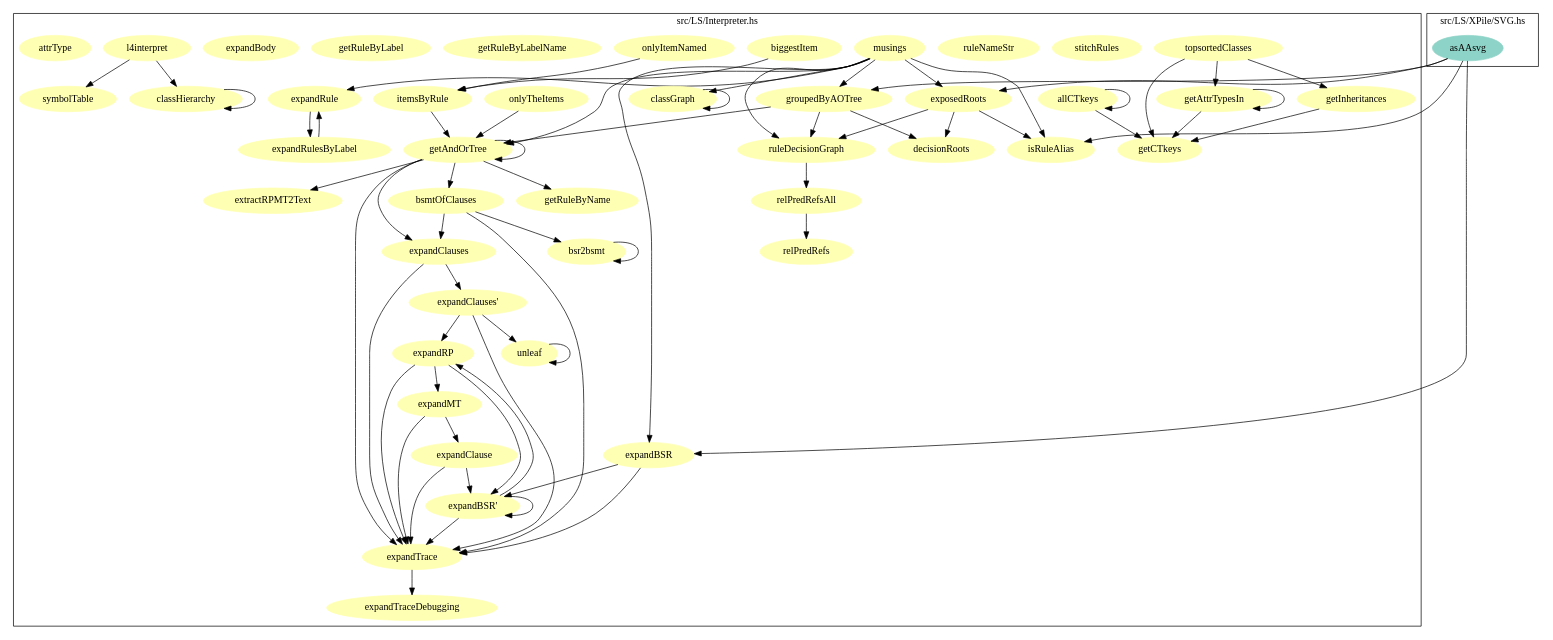
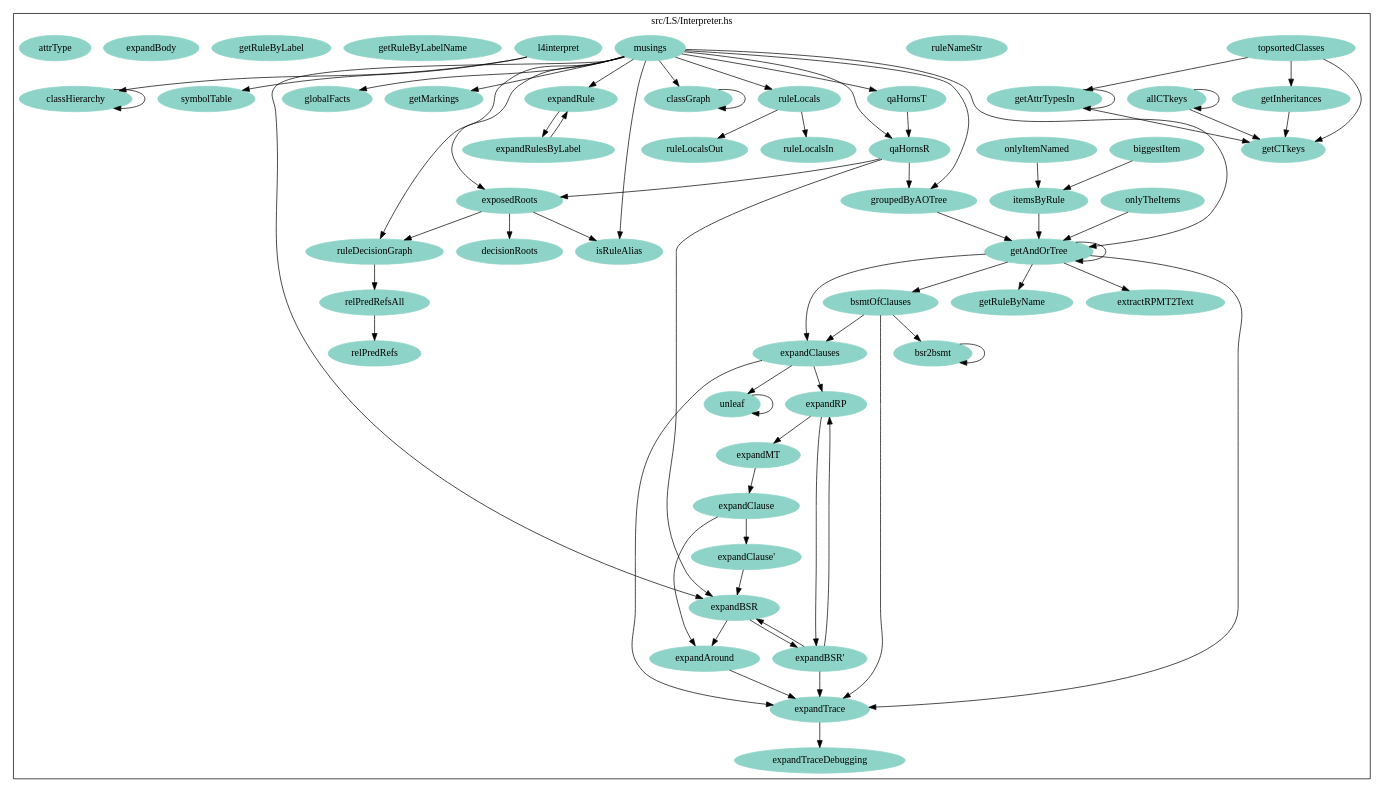
One commit to smucclaw/dsl changed the diagram in lib/haskell/natural4/doc/Interpreter.dot. Above: the diagram before and after it, drawn with Graphviz. The commit also changed 2 other files, not shown here.

Commit message:
improve trace debugging

```diff
--- a/lib/haskell/natural4/doc/Interpreter.dot
+++ b/lib/haskell/natural4/doc/Interpreter.dot
@@ -1,124 +1,129 @@
 strict digraph deps {
   node [colorscheme=set312, style=filled];
 
-   subgraph cluster_2 {
+   subgraph cluster_1 {
      label = "src/LS/Interpreter.hs";
-     "unleaf" [label= "unleaf", color=2];
-     "topsortedClasses" [label= "topsortedClasses", color=2];
-     "symbolTable" [label= "symbolTable", color=2];
-     "stitchRules" [label= "stitchRules", color=2];
-     "ruleNameStr" [label= "ruleNameStr", color=2];
-     "ruleDecisionGraph" [label= "ruleDecisionGraph", color=2];
-     "relPredRefsAll" [label= "relPredRefsAll", color=2];
-     "relPredRefs" [label= "relPredRefs", color=2];
-     "onlyTheItems" [label= "onlyTheItems", color=2];
-     "onlyItemNamed" [label= "onlyItemNamed", color=2];
-     "musings" [label= "musings", color=2];
-     "l4interpret" [label= "l4interpret", color=2];
-     "itemsByRule" [label= "itemsByRule", color=2];
-     "isRuleAlias" [label= "isRuleAlias", color=2];
-     "groupedByAOTree" [label= "groupedByAOTree", color=2];
-     "getRuleByName" [label= "getRuleByName", color=2];
-     "getRuleByLabelName" [label= "getRuleByLabelName", color=2];
-     "getRuleByLabel" [label= "getRuleByLabel", color=2];
-     "getInheritances" [label= "getInheritances", color=2];
-     "getCTkeys" [label= "getCTkeys", color=2];
-     "getAttrTypesIn" [label= "getAttrTypesIn", color=2];
-     "getAndOrTree" [label= "getAndOrTree", color=2];
-     "extractRPMT2Text" [label= "extractRPMT2Text", color=2];
-     "exposedRoots" [label= "exposedRoots", color=2];
-     "expandTraceDebugging" [label= "expandTraceDebugging", color=2];
-     "expandTrace" [label= "expandTrace", color=2];
-     "expandRulesByLabel" [label= "expandRulesByLabel", color=2];
-     "expandRule" [label= "expandRule", color=2];
-     "expandRP" [label= "expandRP", color=2];
-     "expandMT" [label= "expandMT", color=2];
-     "expandClauses\'" [label= "expandClauses\'", color=2];
-     "expandClauses" [label= "expandClauses", color=2];
-     "expandClause" [label= "expandClause", color=2];
-     "expandBody" [label= "expandBody", color=2];
-     "expandBSR\'" [label= "expandBSR\'", color=2];
-     "expandBSR" [label= "expandBSR", color=2];
-     "decisionRoots" [label= "decisionRoots", color=2];
-     "classHierarchy" [label= "classHierarchy", color=2];
-     "classGraph" [label= "classGraph", color=2];
-     "bsr2bsmt" [label= "bsr2bsmt", color=2];
-     "bsmtOfClauses" [label= "bsmtOfClauses", color=2];
-     "biggestItem" [label= "biggestItem", color=2];
-     "attrType" [label= "attrType", color=2];
-     "allCTkeys" [label= "allCTkeys", color=2];
-   }
-
-   subgraph cluster_1 {
-     label = "src/LS/XPile/SVG.hs";
-     "asAAsvg" [label= "asAAsvg", color=1];
+     "unleaf" [label= "unleaf", color=1];
+     "topsortedClasses" [label= "topsortedClasses", color=1];
+     "symbolTable" [label= "symbolTable", color=1];
+     "ruleNameStr" [label= "ruleNameStr", color=1];
+     "ruleLocalsOut" [label= "ruleLocalsOut", color=1];
+     "ruleLocalsIn" [label= "ruleLocalsIn", color=1];
+     "ruleLocals" [label= "ruleLocals", color=1];
+     "ruleDecisionGraph" [label= "ruleDecisionGraph", color=1];
+     "relPredRefsAll" [label= "relPredRefsAll", color=1];
+     "relPredRefs" [label= "relPredRefs", color=1];
+     "qaHornsT" [label= "qaHornsT", color=1];
+     "qaHornsR" [label= "qaHornsR", color=1];
+     "onlyTheItems" [label= "onlyTheItems", color=1];
+     "onlyItemNamed" [label= "onlyItemNamed", color=1];
+     "musings" [label= "musings", color=1];
+     "l4interpret" [label= "l4interpret", color=1];
+     "itemsByRule" [label= "itemsByRule", color=1];
+     "isRuleAlias" [label= "isRuleAlias", color=1];
+     "groupedByAOTree" [label= "groupedByAOTree", color=1];
+     "globalFacts" [label= "globalFacts", color=1];
+     "getRuleByName" [label= "getRuleByName", color=1];
+     "getRuleByLabelName" [label= "getRuleByLabelName", color=1];
+     "getRuleByLabel" [label= "getRuleByLabel", color=1];
+     "getMarkings" [label= "getMarkings", color=1];
+     "getInheritances" [label= "getInheritances", color=1];
+     "getCTkeys" [label= "getCTkeys", color=1];
+     "getAttrTypesIn" [label= "getAttrTypesIn", color=1];
+     "getAndOrTree" [label= "getAndOrTree", color=1];
+     "extractRPMT2Text" [label= "extractRPMT2Text", color=1];
+     "exposedRoots" [label= "exposedRoots", color=1];
+     "expandTraceDebugging" [label= "expandTraceDebugging", color=1];
+     "expandTrace" [label= "expandTrace", color=1];
+     "expandRulesByLabel" [label= "expandRulesByLabel", color=1];
+     "expandRule" [label= "expandRule", color=1];
+     "expandRP" [label= "expandRP", color=1];
+     "expandMT" [label= "expandMT", color=1];
+     "expandClauses" [label= "expandClauses", color=1];
+     "expandClause\'" [label= "expandClause\'", color=1];
+     "expandClause" [label= "expandClause", color=1];
+     "expandBody" [label= "expandBody", color=1];
+     "expandBSR\'" [label= "expandBSR\'", color=1];
+     "expandBSR" [label= "expandBSR", color=1];
+     "expandAround" [label= "expandAround", color=1];
+     "decisionRoots" [label= "decisionRoots", color=1];
+     "classHierarchy" [label= "classHierarchy", color=1];
+     "classGraph" [label= "classGraph", color=1];
+     "bsr2bsmt" [label= "bsr2bsmt", color=1];
+     "bsmtOfClauses" [label= "bsmtOfClauses", color=1];
+     "biggestItem" [label= "biggestItem", color=1];
+     "attrType" [label= "attrType", color=1];
+     "allCTkeys" [label= "allCTkeys", color=1];
    }
 
 "allCTkeys" -> "allCTkeys";
 "allCTkeys" -> "getCTkeys";
-"asAAsvg" -> "expandBSR";
-"asAAsvg" -> "exposedRoots";
-"asAAsvg" -> "groupedByAOTree";
-"asAAsvg" -> "isRuleAlias";
 "biggestItem" -> "itemsByRule";
 "bsmtOfClauses" -> "bsr2bsmt";
 "bsmtOfClauses" -> "expandClauses";
 "bsmtOfClauses" -> "expandTrace";
 "bsr2bsmt" -> "bsr2bsmt";
 "classGraph" -> "classGraph";
 "classHierarchy" -> "classHierarchy";
+"expandAround" -> "expandTrace";
+"expandBSR" -> "expandAround";
 "expandBSR" -> "expandBSR\'";
-"expandBSR" -> "expandTrace";
-"expandBSR\'" -> "expandBSR\'";
+"expandBSR\'" -> "expandBSR";
 "expandBSR\'" -> "expandRP";
 "expandBSR\'" -> "expandTrace";
-"expandClause" -> "expandBSR\'";
-"expandClause" -> "expandTrace";
-"expandClauses" -> "expandClauses\'";
+"expandClause" -> "expandAround";
+"expandClause" -> "expandClause\'";
+"expandClause\'" -> "expandBSR";
+"expandClauses" -> "expandRP";
 "expandClauses" -> "expandTrace";
-"expandClauses\'" -> "expandRP";
-"expandClauses\'" -> "expandTrace";
-"expandClauses\'" -> "unleaf";
+"expandClauses" -> "unleaf";
 "expandMT" -> "expandClause";
-"expandMT" -> "expandTrace";
 "expandRP" -> "expandBSR\'";
 "expandRP" -> "expandMT";
-"expandRP" -> "expandTrace";
 "expandRule" -> "expandRulesByLabel";
 "expandRulesByLabel" -> "expandRule";
 "expandTrace" -> "expandTraceDebugging";
 "exposedRoots" -> "decisionRoots";
 "exposedRoots" -> "isRuleAlias";
 "exposedRoots" -> "ruleDecisionGraph";
 "getAndOrTree" -> "bsmtOfClauses";
 "getAndOrTree" -> "expandClauses";
 "getAndOrTree" -> "expandTrace";
 "getAndOrTree" -> "extractRPMT2Text";
 "getAndOrTree" -> "getAndOrTree";
 "getAndOrTree" -> "getRuleByName";
 "getAttrTypesIn" -> "getAttrTypesIn";
 "getAttrTypesIn" -> "getCTkeys";
 "getInheritances" -> "getCTkeys";
-"groupedByAOTree" -> "decisionRoots";
 "groupedByAOTree" -> "getAndOrTree";
-"groupedByAOTree" -> "ruleDecisionGraph";
 "itemsByRule" -> "getAndOrTree";
 "l4interpret" -> "classHierarchy";
 "l4interpret" -> "symbolTable";
 "musings" -> "classGraph";
 "musings" -> "expandBSR";
 "musings" -> "expandRule";
 "musings" -> "exposedRoots";
 "musings" -> "getAndOrTree";
+"musings" -> "getMarkings";
+"musings" -> "globalFacts";
 "musings" -> "groupedByAOTree";
 "musings" -> "isRuleAlias";
+"musings" -> "qaHornsR";
+"musings" -> "qaHornsT";
 "musings" -> "ruleDecisionGraph";
+"musings" -> "ruleLocals";
 "onlyItemNamed" -> "itemsByRule";
 "onlyTheItems" -> "getAndOrTree";
+"qaHornsR" -> "expandBSR";
+"qaHornsR" -> "exposedRoots";
+"qaHornsR" -> "groupedByAOTree";
+"qaHornsT" -> "qaHornsR";
 "relPredRefsAll" -> "relPredRefs";
 "ruleDecisionGraph" -> "relPredRefsAll";
+"ruleLocals" -> "ruleLocalsIn";
+"ruleLocals" -> "ruleLocalsOut";
 "topsortedClasses" -> "getAttrTypesIn";
 "topsortedClasses" -> "getCTkeys";
 "topsortedClasses" -> "getInheritances";
 "unleaf" -> "unleaf";
 }
```
